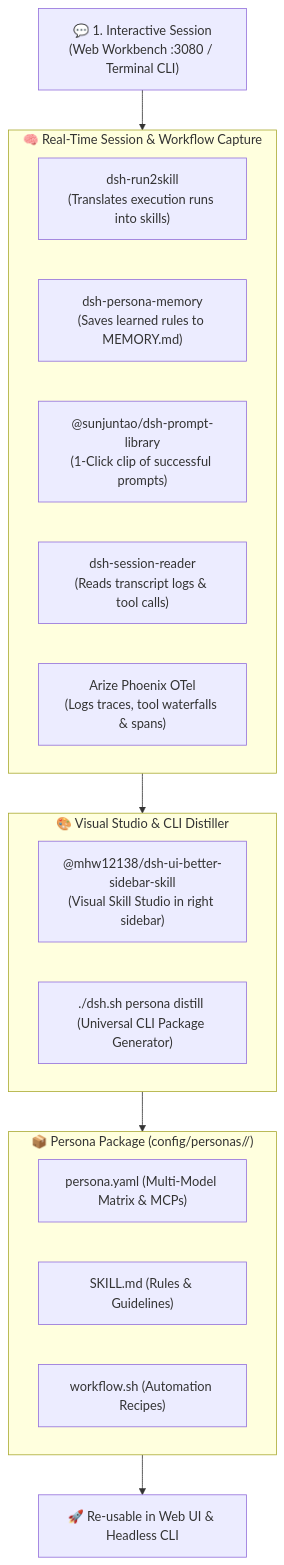
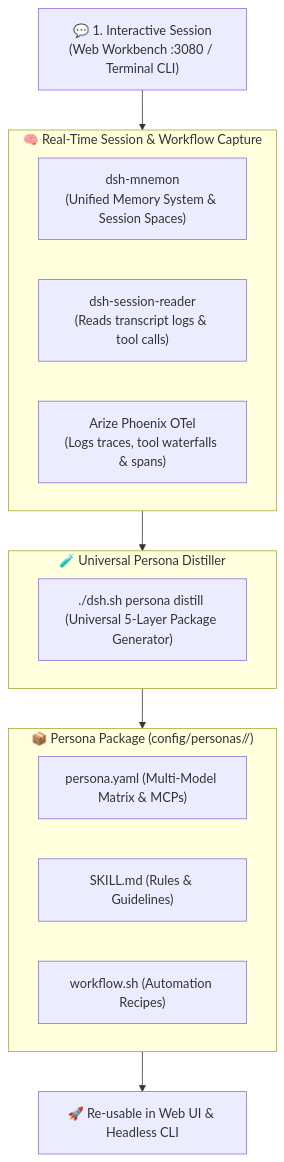
Before and after one commit to hdjebar/DSH-DDS: the second of 2 diagrams in docs/personas.md, drawn with Mermaid. The commit also changed other lines of this file and 1 other file, not shown here.

Commit message:
docs: synchronize documentation suite with clean 9-plugin English stack

````diff
--- a/docs/personas.md
+++ b/docs/personas.md
@@ -162,28 +162,25 @@
 ```mermaid
 flowchart TD
     SESSION["💬 1. Interactive Session\n(Web Workbench :3080 / Terminal CLI)"]
     
-    subgraph Recording_Plugins ["🧠 Real-Time Session & Workflow Capture"]
-        R2S["dsh-run2skill\n(Translates execution runs into skills)"]
-        MEM["dsh-persona-memory\n(Saves learned rules to MEMORY.md)"]
-        PLIB["@sunjuntao/dsh-prompt-library\n(1-Click clip of successful prompts)"]
+    subgraph Recording_Pipeline ["🧠 Real-Time Session & Workflow Capture"]
+        MEM["dsh-mnemon\n(Unified Memory System & Session Spaces)"]
         SREAD["dsh-session-reader\n(Reads transcript logs & tool calls)"]
         OTEL["Arize Phoenix OTel\n(Logs traces, tool waterfalls & spans)"]
     end
 
-    subgraph Studio_UI ["🎨 Visual Studio & CLI Distiller"]
-        STUDIO["@mhw12138/dsh-ui-better-sidebar-skill\n(Visual Skill Studio in right sidebar)"]
-        CLI["./dsh.sh persona distill <name>\n(Universal CLI Package Generator)"]
+    subgraph Distiller_CLI ["🧪 Universal Persona Distiller"]
+        CLI["./dsh.sh persona distill <name>\n(Universal 5-Layer Package Generator)"]
     end
 
     subgraph Persona_Package ["📦 Persona Package (config/personas/<name>/)"]
         YAML["persona.yaml (Multi-Model Matrix & MCPs)"]
         SKILL["SKILL.md (Rules & Guidelines)"]
         WF["workflow.sh (Automation Recipes)"]
     end
 
-    SESSION --> Recording_Plugins
-    Recording_Plugins --> Studio_UI
-    Studio_UI --> Persona_Package
+    SESSION --> Recording_Pipeline
+    Recording_Pipeline --> Distiller_CLI
+    Distiller_CLI --> Persona_Package
     Persona_Package --> RUN["🚀 Re-usable in Web UI & Headless CLI"]
 ```
````
